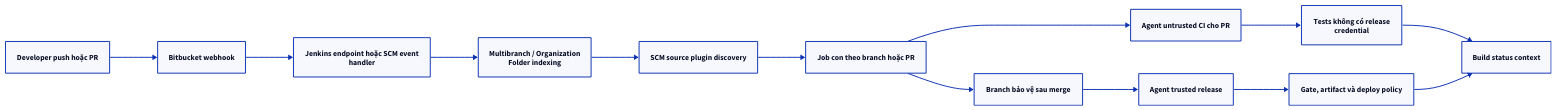
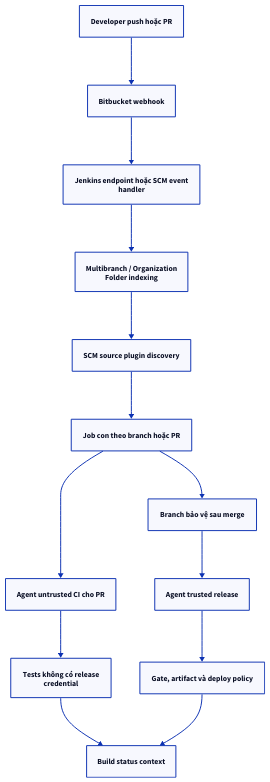
One commit to vanhiep99w/jenkins-learn changed the diagram in content/docs/integrations/bitbucket.mdx. Above: the diagram before and after it, drawn with D2. The commit also changed 62 other files, not shown here.

Commit message:
fix: improve diagram layouts and inline readability

````diff
--- a/content/docs/integrations/bitbucket.mdx
+++ b/content/docs/integrations/bitbucket.mdx
@@ -45,28 +45,28 @@
-```d2 interactive title="Luồng sự kiện và ranh giới tin cậy"
-direction: right
+```d2 interactive title="Luồng sự kiện và ranh giới tin cậy" layout=elk
+direction: down
 A: "Developer push hoặc PR"
 B: "Bitbucket webhook"
 C: "Jenkins endpoint hoặc SCM event\nhandler"
 D: "Multibranch / Organization\nFolder indexing"
 E: "SCM source plugin discovery"
 F: "Job con theo branch hoặc PR"
 G: "Agent untrusted CI cho PR"
 H: "Tests không có release\ncredential"
 I: "Branch bảo vệ sau merge"
 J: "Agent trusted release"
 K: "Gate, artifact và deploy policy"
 L: "Build status context"
 
 A -> B
 B -> C
 C -> D
 D -> E
 E -> F
 F -> G
 G -> H
 F -> I
 I -> J
 J -> K
 H -> L
 K -> L
 ```
````
